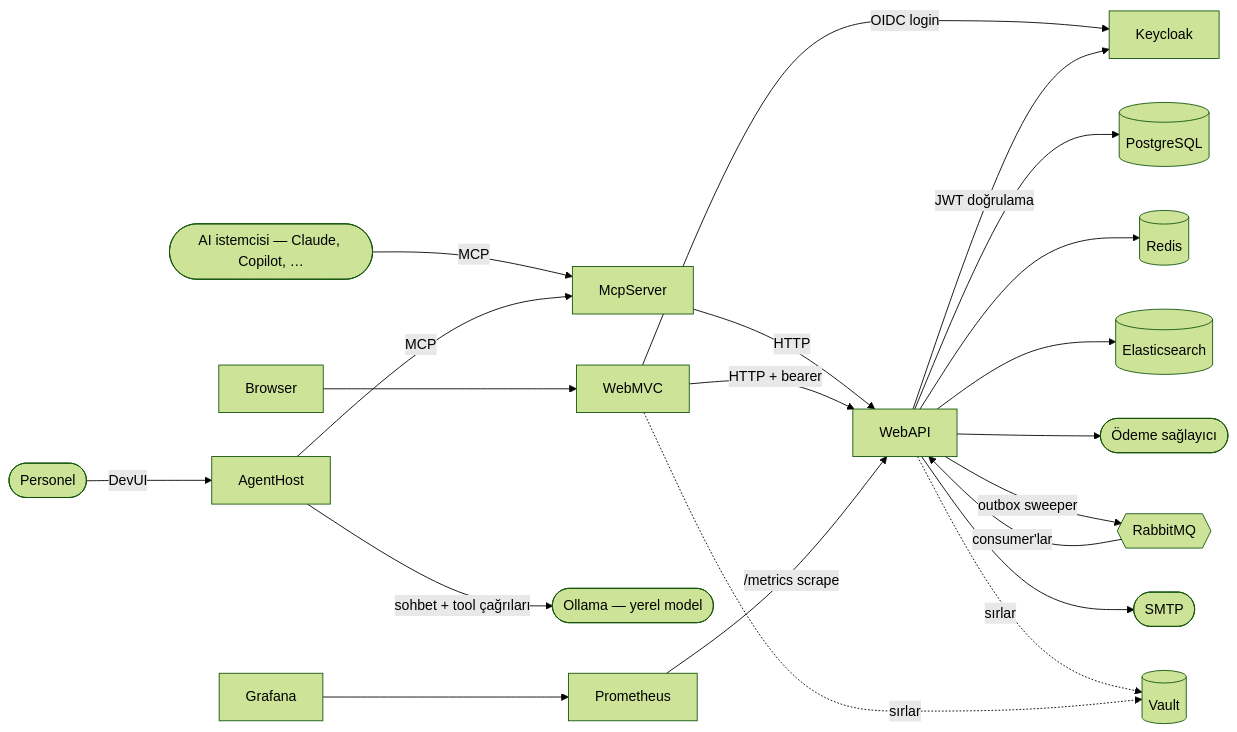
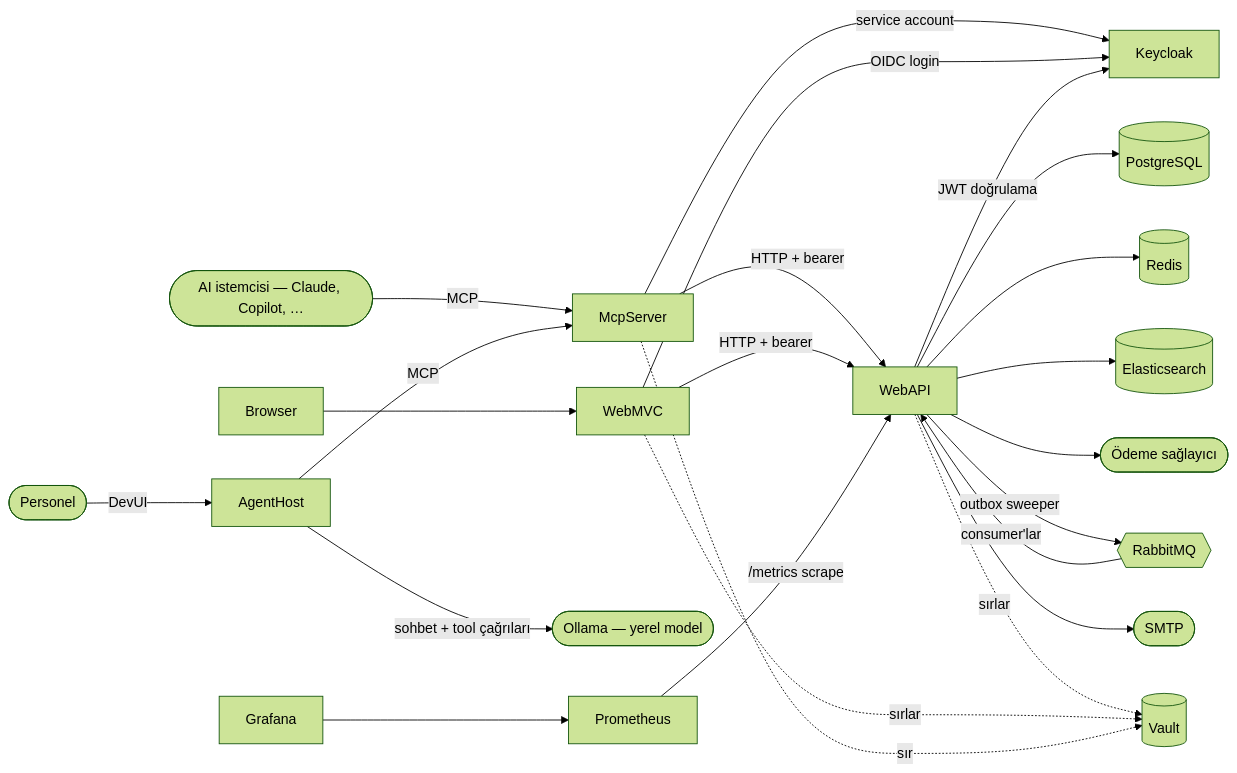
One commit to furkanpasaoglu/StadiaPass changed the first of 2 diagrams in README.tr.md. Above: the diagram before and after it, drawn with Mermaid (forest theme). The commit also changed other lines of this file and 22 other files, not shown here.

````diff
--- a/README.tr.md
+++ b/README.tr.md
@@ -116,23 +116,25 @@
 ```mermaid
 flowchart LR
   Browser --> WebMVC
   AI([AI istemcisi — Claude, Copilot, …]) -->|MCP| McpServer
   Personel([Personel]) -->|DevUI| AgentHost
   AgentHost -->|MCP| McpServer
   AgentHost -->|sohbet + tool çağrıları| Ollama([Ollama — yerel model])
-  McpServer -->|HTTP| WebAPI
+  McpServer -->|HTTP + bearer| WebAPI
+  McpServer -->|service account| Keycloak
   WebMVC -->|HTTP + bearer| WebAPI
   WebMVC -->|OIDC login| Keycloak
   WebAPI -->|JWT doğrulama| Keycloak
   WebAPI --> Postgres[(PostgreSQL)]
   WebAPI --> Redis[(Redis)]
   WebAPI --> Elastic[(Elasticsearch)]
   WebAPI --> Stripe([Ödeme sağlayıcı])
   WebAPI -->|outbox sweeper| Rabbit{{RabbitMQ}}
   Rabbit -->|consumer'lar| WebAPI
   WebAPI --> SMTP([SMTP])
   WebAPI -.sırlar.-> Vault[(Vault)]
   WebMVC -.sırlar.-> Vault
+  McpServer -.sır.-> Vault
   Prometheus -->|/metrics scrape| WebAPI
   Grafana --> Prometheus
 ```
````
